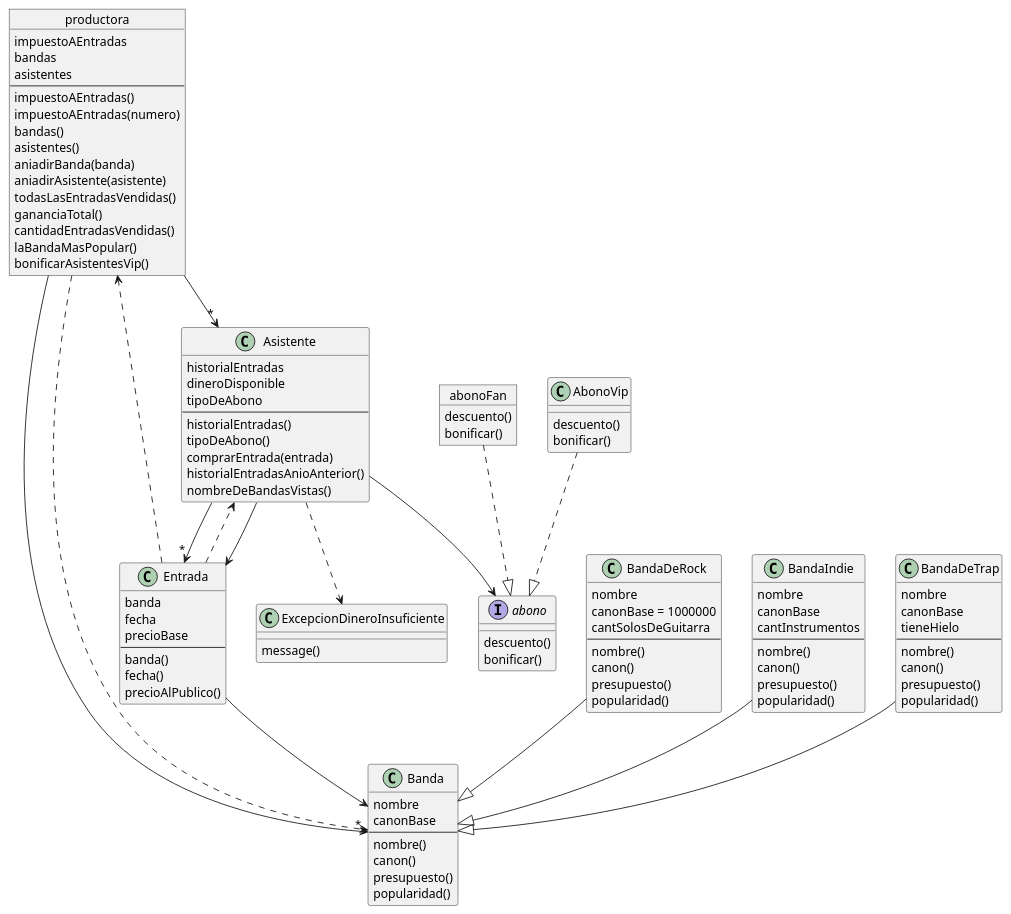
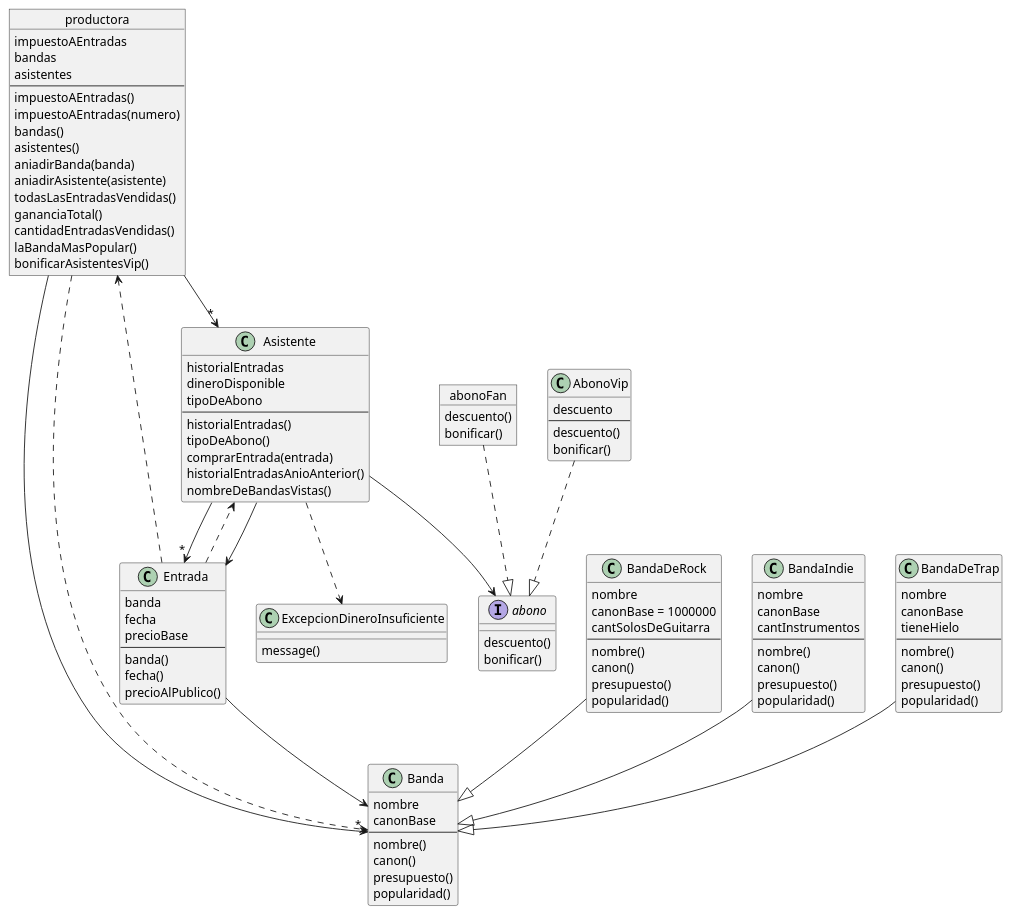
One commit to amartinezvergara/TP-Orientado-A-Objetos-2026 changed the diagram in diagrama.plantuml. Above: the diagram before and after it, drawn with PlantUML. The commit also changed 1 other file, not shown here.

```diff
--- a/diagrama.plantuml
+++ b/diagrama.plantuml
@@ -1,123 +1,125 @@
 @startuml
 object productora{
 impuestoAEntradas
 bandas
 asistentes
 --
 impuestoAEntradas()
 impuestoAEntradas(numero)
 bandas()
 asistentes()
 aniadirBanda(banda)
 aniadirAsistente(asistente)
 todasLasEntradasVendidas()
 gananciaTotal()
 cantidadEntradasVendidas()
 laBandaMasPopular()
 bonificarAsistentesVip()
 }
 
 object abonoFan{
 descuento()
 bonificar()
 }
 
 class AbonoVip{
+descuento
+--
 descuento()
 bonificar()
 }
 
 class BandaDeRock{
 nombre
 canonBase = 1000000
 cantSolosDeGuitarra
 --
 nombre()
 canon()
 presupuesto()
 popularidad()
 }
 
 class BandaIndie{
 nombre
 canonBase
 cantInstrumentos
 --
 nombre()
 canon()
 presupuesto()
 popularidad()
 }
 
 class BandaDeTrap{
 nombre
 canonBase
 tieneHielo
 --
 nombre()
 canon()
 presupuesto()
 popularidad()
 }
 
 class Banda{
 nombre
 canonBase
 --
 nombre()
 canon()
 presupuesto()
 popularidad()
 }
 
 class Entrada{
 banda
 fecha
 precioBase
 --
 banda()
 fecha()
 precioAlPublico()
 }
 
 class Asistente{
 historialEntradas
 dineroDisponible
 tipoDeAbono
 --
 historialEntradas()
 tipoDeAbono()
 comprarEntrada(entrada)
 historialEntradasAnioAnterior()
 nombreDeBandasVistas()
 }
 
 class ExcepcionDineroInsuficiente{
 message()
 }
 
 interface abono{
 descuento()
 bonificar()
 }
 
 productora --> "*" Banda
 productora ..> Banda
 productora --> "*" Asistente
 Entrada ..> Asistente
 
 BandaDeRock --|> Banda
 BandaDeTrap --|> Banda
 BandaIndie --|> Banda
 
 Entrada --> Banda
 Entrada ..> productora
 
 Asistente --> "*" Entrada
 Asistente --> Entrada
 Asistente ..> ExcepcionDineroInsuficiente
 Asistente --> abono
 
 AbonoVip ..|> abono
 abonoFan ..|> abono
 @enduml
```
